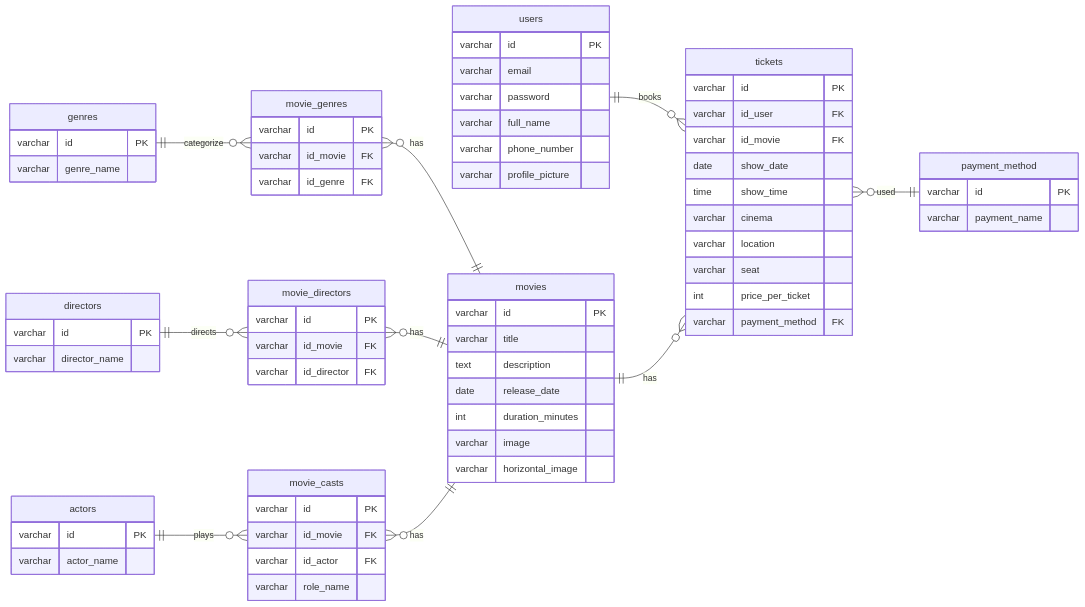
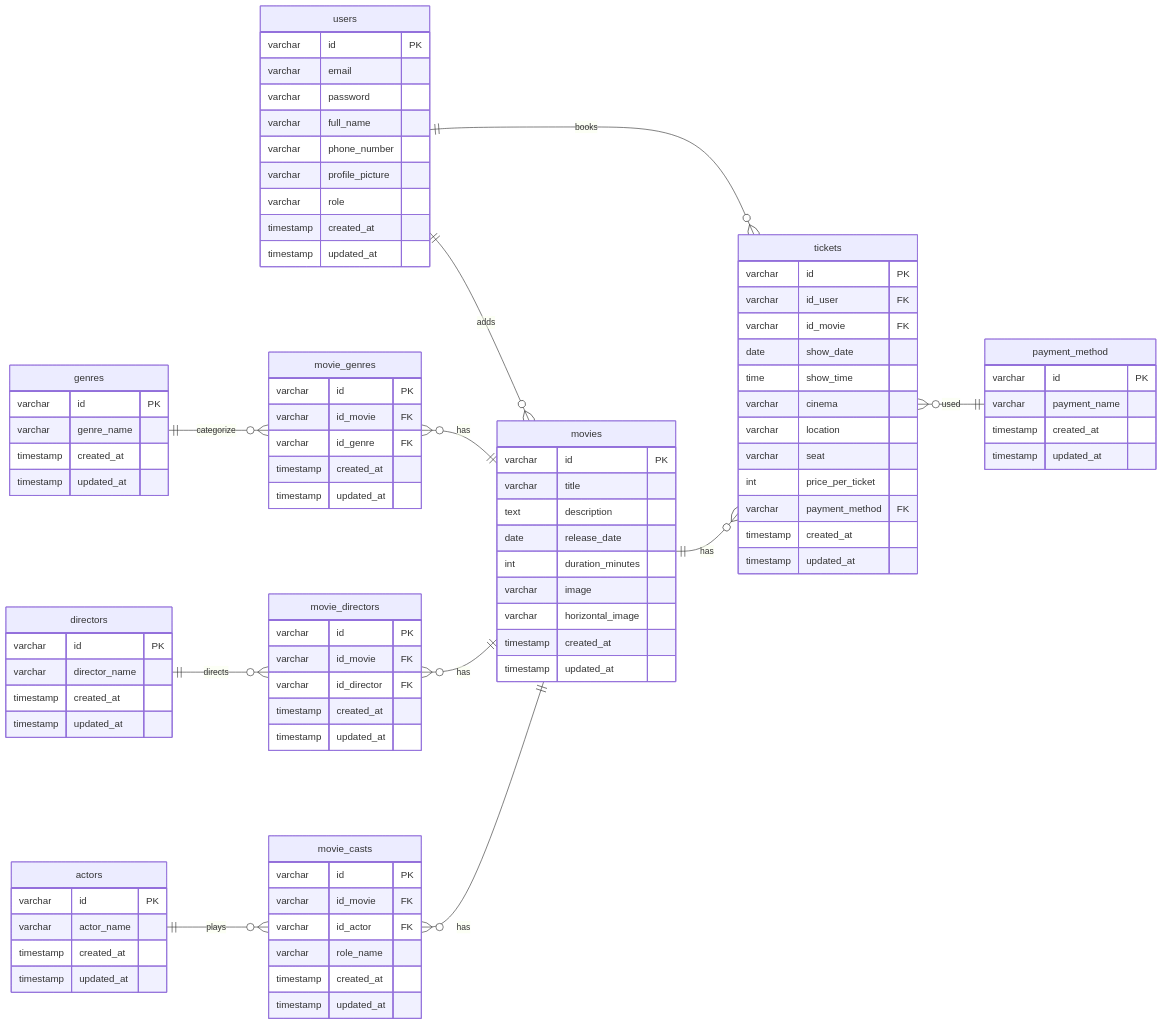
One commit to ranandasatria/fgo24-be-tickitz changed the diagram in README.md. Above: the diagram before and after it, drawn with Mermaid. The commit also changed 28 other files, not shown here.

````diff
--- a/README.md
+++ b/README.md
@@ -4,7 +4,7 @@
 erDiagram
 direction LR
 
-
+users ||--o{ movies : adds
 users ||--o{ tickets : books
 movies ||--o{ tickets : has
 genres ||--o{ movie_genres : categorize
@@ -15,7 +15,6 @@
 movie_casts }o--|| movies : has
 tickets }o--|| payment_method : used
 
-
 users {
   varchar id PK
   varchar email
@@ -23,8 +22,10 @@
   varchar full_name
   varchar phone_number
   varchar profile_picture
+  varchar role
+  timestamp created_at
+  timestamp updated_at
 }
-
 
 movies {
   varchar id PK
@@ -34,33 +35,45 @@
   int duration_minutes
   varchar image
   varchar horizontal_image
+  timestamp created_at
+  timestamp updated_at
 }
 
 genres {
   varchar id PK
   varchar genre_name
+  timestamp created_at
+  timestamp updated_at
 }
 
 movie_genres {
   varchar id PK
   varchar id_movie FK
   varchar id_genre FK
+  timestamp created_at
+  timestamp updated_at
 }
 
 directors {
   varchar id PK
   varchar director_name
+  timestamp created_at
+  timestamp updated_at
 }
 
 movie_directors {
   varchar id PK
   varchar id_movie FK
   varchar id_director FK
+  timestamp created_at
+  timestamp updated_at
 }
 
 actors {
   varchar id PK
   varchar actor_name
+  timestamp created_at
+  timestamp updated_at
 }
 
 movie_casts {
@@ -68,6 +81,8 @@
   varchar id_movie FK
   varchar id_actor FK
   varchar role_name
+  timestamp created_at
+  timestamp updated_at
 }
 
 tickets {
@@ -81,11 +96,15 @@
   varchar seat
   int price_per_ticket
   varchar payment_method FK
+  timestamp created_at
+  timestamp updated_at
 }
-
 
 payment_method {
   varchar id PK
   varchar payment_name
+  timestamp created_at
+  timestamp updated_at
 }
+
 ```
````
